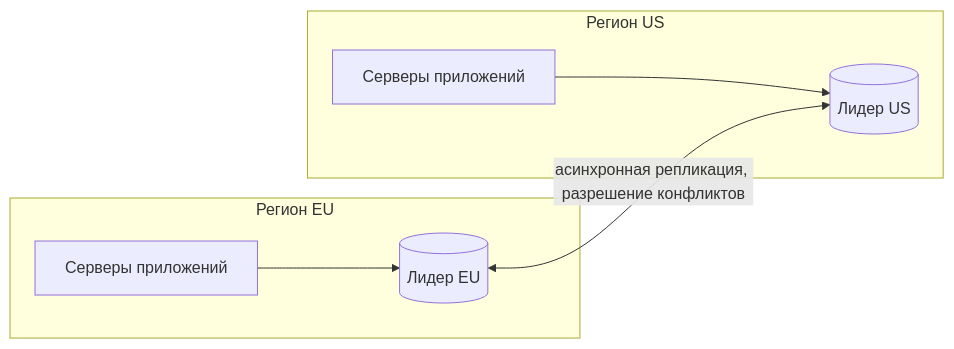
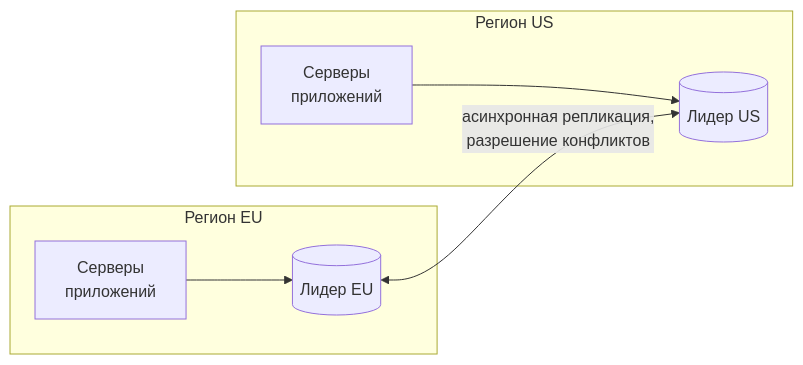
The third of 4 diagrams in src/content/docs/ru/data/replication.mdx (butyavk/system-design), drawn with Mermaid before and after one commit. The commit also changed other lines of this file and 144 other files, not shown here.

````diff
--- a/src/content/docs/ru/data/replication.mdx
+++ b/src/content/docs/ru/data/replication.mdx
@@ -112,10 +112,10 @@
 ```mermaid
 flowchart LR
   subgraph eu["Регион EU"]
-    euapp["Серверы приложений"] --> eul[("Лидер EU")]
+    euapp["Серверы<br/>приложений"] --> eul[("Лидер EU")]
   end
   subgraph us["Регион US"]
-    usapp["Серверы приложений"] --> usl[("Лидер US")]
+    usapp["Серверы<br/>приложений"] --> usl[("Лидер US")]
   end
-  eul <-- "асинхронная репликация, разрешение конфликтов" --> usl
+  eul <-- "асинхронная репликация,<br/>разрешение конфликтов" --> usl
 ```
````
